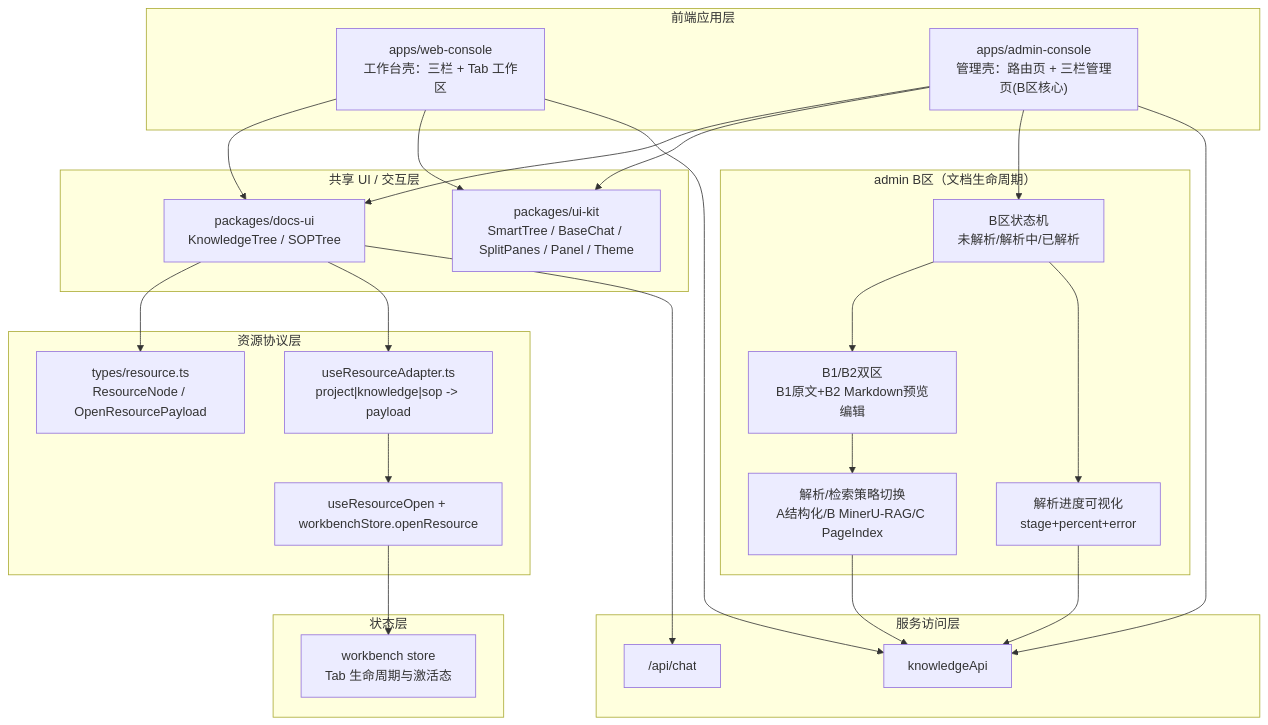
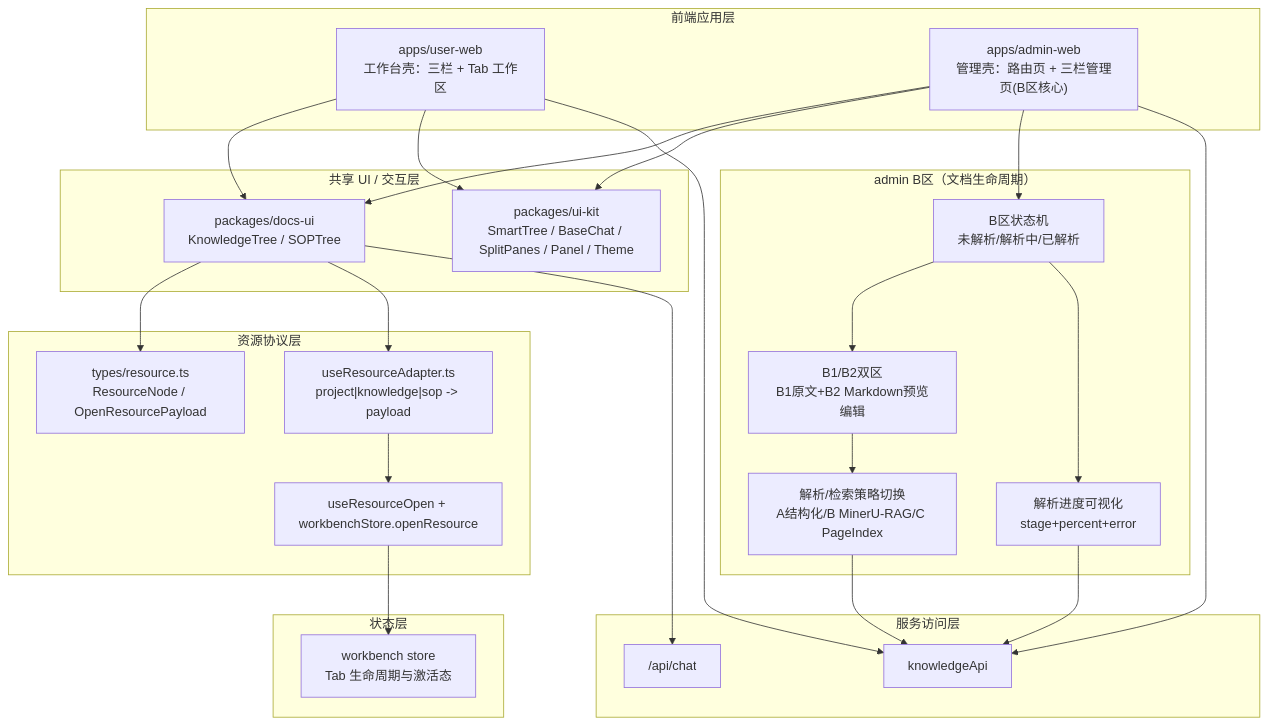
The second of 6 diagrams in docs/apps-techniques.md (0mao0/AnGIneer), drawn with Mermaid before and after one commit. The commit also changed other lines of this file and 6 other files, not shown here.

````diff
--- a/docs/apps-techniques.md
+++ b/docs/apps-techniques.md
@@ -131,54 +137,54 @@
 ```mermaid
 flowchart TB
   subgraph Apps["前端应用层"]
-    Web["apps/web-console\n工作台壳：三栏 + Tab 工作区"]
-    Admin["apps/admin-console\n管理壳：路由页 + 三栏管理页(B区核心)"]
+    Web["apps/user-web\n工作台壳：三栏 + Tab 工作区"]
+    Admin["apps/admin-web\n管理壳：路由页 + 三栏管理页(B区核心)"]
   end
 
   subgraph SharedUI["共享 UI / 交互层"]
     DocsUI["packages/docs-ui\nKnowledgeTree / SOPTree"]
     UIKit["packages/ui-kit\nSmartTree / BaseChat / SplitPanes / Panel / Theme"]
   end
 
   subgraph AdminB["admin B区（文档生命周期）"]
     BState["B区状态机\n未解析/解析中/已解析"]
     BSplit["B1/B2双区\nB1原文+B2 Markdown预览编辑"]
     Strategy["解析/检索策略切换\nA结构化/B MinerU-RAG/C PageIndex"]
     Prog["解析进度可视化\nstage+percent+error"]
   end
 
   subgraph ResourceCore["资源协议层"]
     Types["types/resource.ts\nResourceNode / OpenResourcePayload"]
     Adapter["useResourceAdapter.ts\nproject|knowledge|sop -> payload"]
     OpenFlow["useResourceOpen + workbenchStore.openResource"]
   end
 
   subgraph State["状态层"]
     WB["workbench store\nTab 生命周期与激活态"]
   end
 
   subgraph API["服务访问层"]
     KApi["knowledgeApi"]
     CApi["/api/chat"]
   end
 
   Web --> DocsUI
   Web --> UIKit
   Admin --> DocsUI
   Admin --> UIKit
   Admin --> BState
   BState --> BSplit
   BState --> Prog
   BSplit --> Strategy
 
   DocsUI --> Types
   DocsUI --> Adapter
   Adapter --> OpenFlow
   OpenFlow --> WB
 
   Web --> KApi
   Admin --> KApi
   DocsUI --> CApi
   Strategy --> KApi
   Prog --> KApi
 ```
````
